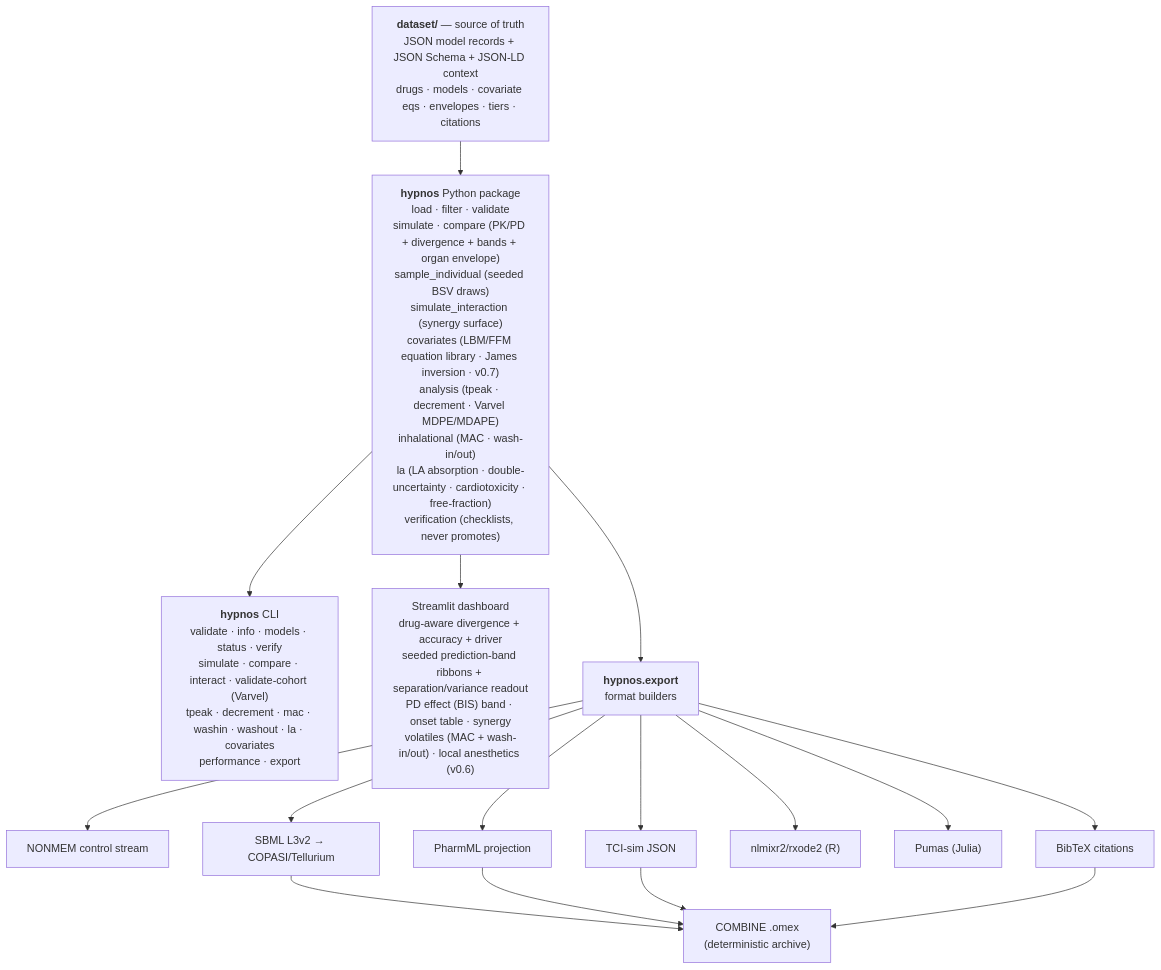
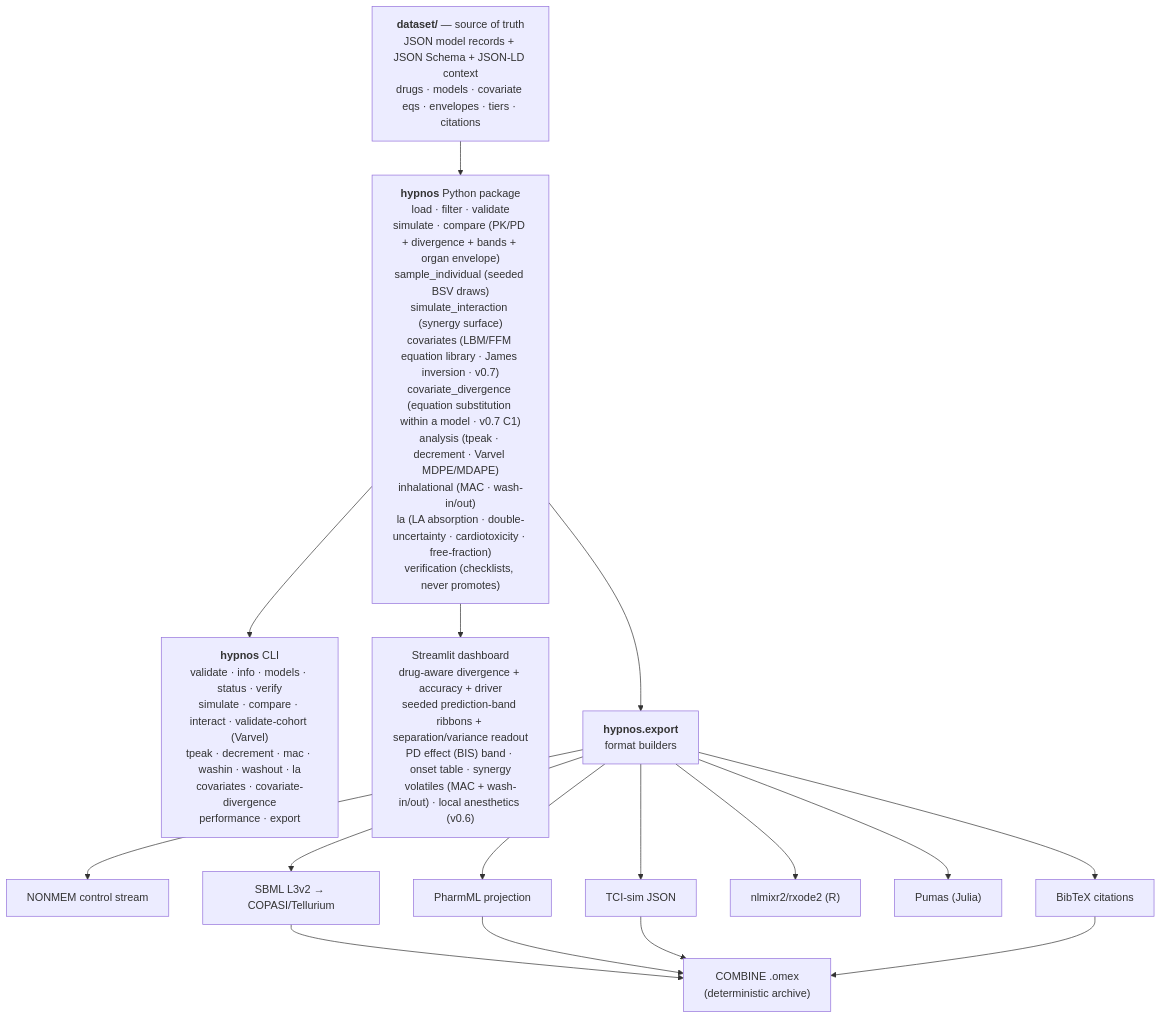
One commit to clay-good/hypnos changed the first of 3 diagrams in README.md. Above: the diagram before and after it, drawn with Mermaid. The commit also changed other lines of this file and 10 other files, not shown here.

````diff
--- a/README.md
+++ b/README.md
@@ -489,19 +512,19 @@
 ```mermaid
 flowchart TD
     DS["<b>dataset/</b> — source of truth<br/>JSON model records + JSON Schema + JSON-LD context<br/>drugs · models · covariate eqs · envelopes · tiers · citations"]
-    DS --> PKG["<b>hypnos</b> Python package<br/>load · filter · validate<br/>simulate · compare (PK/PD + divergence + bands + organ envelope)<br/>sample_individual (seeded BSV draws)<br/>simulate_interaction (synergy surface)<br/>covariates (LBM/FFM equation library · James inversion · v0.7)<br/>analysis (tpeak · decrement · Varvel MDPE/MDAPE)<br/>inhalational (MAC · wash-in/out)<br/>la (LA absorption · double-uncertainty · cardiotoxicity · free-fraction)<br/>verification (checklists, never promotes)"]
-    PKG --> CLI["<b>hypnos</b> CLI<br/>validate · info · models · status · verify<br/>simulate · compare · interact · validate-cohort (Varvel)<br/>tpeak · decrement · mac · washin · washout · la · covariates<br/>performance · export"]
+    DS --> PKG["<b>hypnos</b> Python package<br/>load · filter · validate<br/>simulate · compare (PK/PD + divergence + bands + organ envelope)<br/>sample_individual (seeded BSV draws)<br/>simulate_interaction (synergy surface)<br/>covariates (LBM/FFM equation library · James inversion · v0.7)<br/>covariate_divergence (equation substitution within a model · v0.7 C1)<br/>analysis (tpeak · decrement · Varvel MDPE/MDAPE)<br/>inhalational (MAC · wash-in/out)<br/>la (LA absorption · double-uncertainty · cardiotoxicity · free-fraction)<br/>verification (checklists, never promotes)"]
+    PKG --> CLI["<b>hypnos</b> CLI<br/>validate · info · models · status · verify<br/>simulate · compare · interact · validate-cohort (Varvel)<br/>tpeak · decrement · mac · washin · washout · la<br/>covariates · covariate-divergence<br/>performance · export"]
     PKG --> DASH["Streamlit dashboard<br/>drug-aware divergence + accuracy + driver<br/>seeded prediction-band ribbons + separation/variance readout<br/>PD effect (BIS) band · onset table · synergy<br/>volatiles (MAC + wash-in/out) · local anesthetics (v0.6)"]
     PKG --> EXP["<b>hypnos.export</b><br/>format builders"]
     EXP --> NM["NONMEM control stream"]
     EXP --> PHARMML["PharmML projection"]
     EXP --> SBML["SBML L3v2 → COPASI/Tellurium"]
     EXP --> TCIJSON["TCI-sim JSON"]
     EXP --> RX["nlmixr2/rxode2 (R)"]
     EXP --> PUMAS["Pumas (Julia)"]
     EXP --> BIB["BibTeX citations"]
     SBML --> OMEX["COMBINE .omex<br/>(deterministic archive)"]
     PHARMML --> OMEX
     TCIJSON --> OMEX
     BIB --> OMEX
 ```
````
